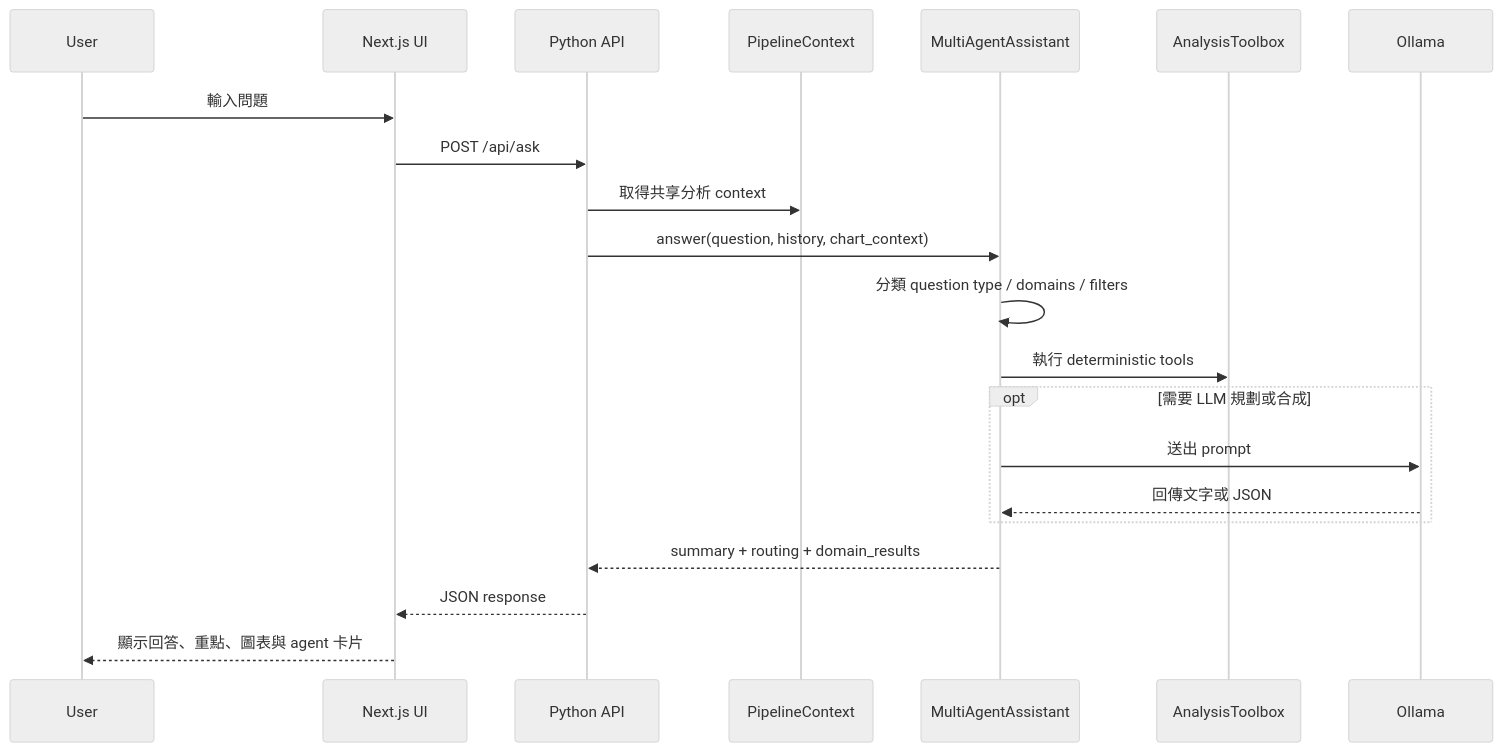
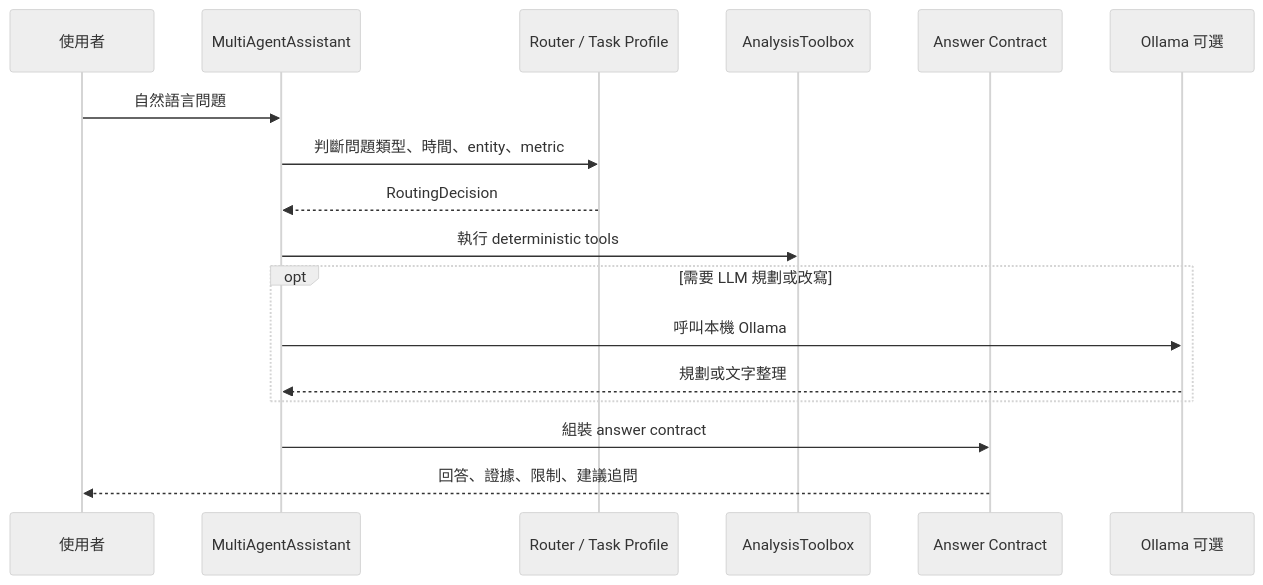
The second of 2 diagrams in TECHNICAL_REPORT.md (Itzel0115/rvn), drawn with Mermaid (neutral theme) before and after one commit. The commit also changed other lines of this file and 99 other files, not shown here.

````diff
--- a/TECHNICAL_REPORT.md
+++ b/TECHNICAL_REPORT.md
@@ -380,24 +297,20 @@
 ```mermaid
 sequenceDiagram
-    participant U as User
-    participant FE as Next.js UI
-    participant API as Python API
-    participant CTX as PipelineContext
-    participant MA as MultiAgentAssistant
-    participant TB as AnalysisToolbox
-    participant LLM as Ollama
+    participant U as 使用者
+    participant A as MultiAgentAssistant
+    participant R as Router / Task Profile
+    participant T as AnalysisToolbox
+    participant C as Answer Contract
+    participant L as Ollama 可選
 
-    U->>FE: 輸入問題
-    FE->>API: POST /api/ask
-    API->>CTX: 取得共享分析 context
-    API->>MA: answer(question, history, chart_context)
-    MA->>MA: 分類 question type / domains / filters
-    MA->>TB: 執行 deterministic tools
-    opt 需要 LLM 規劃或合成
-        MA->>LLM: 送出 prompt
-        LLM-->>MA: 回傳文字或 JSON
+    U->>A: 自然語言問題
+    A->>R: 判斷問題類型、時間、entity、metric
+    R-->>A: RoutingDecision
+    A->>T: 執行 deterministic tools
+    opt 需要 LLM 規劃或改寫
+        A->>L: 呼叫本機 Ollama
+        L-->>A: 規劃或文字整理
     end
-    MA-->>API: summary + routing + domain_results
-    API-->>FE: JSON response
-    FE-->>U: 顯示回答、重點、圖表與 agent 卡片
+    A->>C: 組裝 answer contract
+    C-->>U: 回答、證據、限制、建議追問
 ```
````
